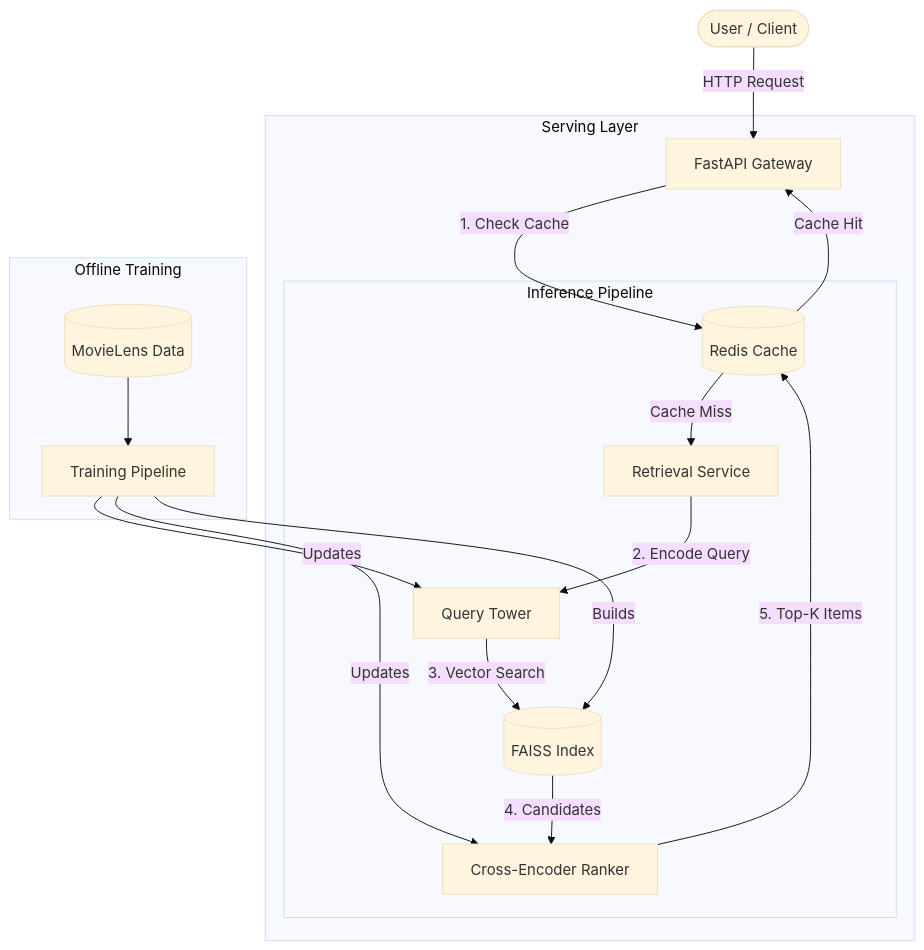
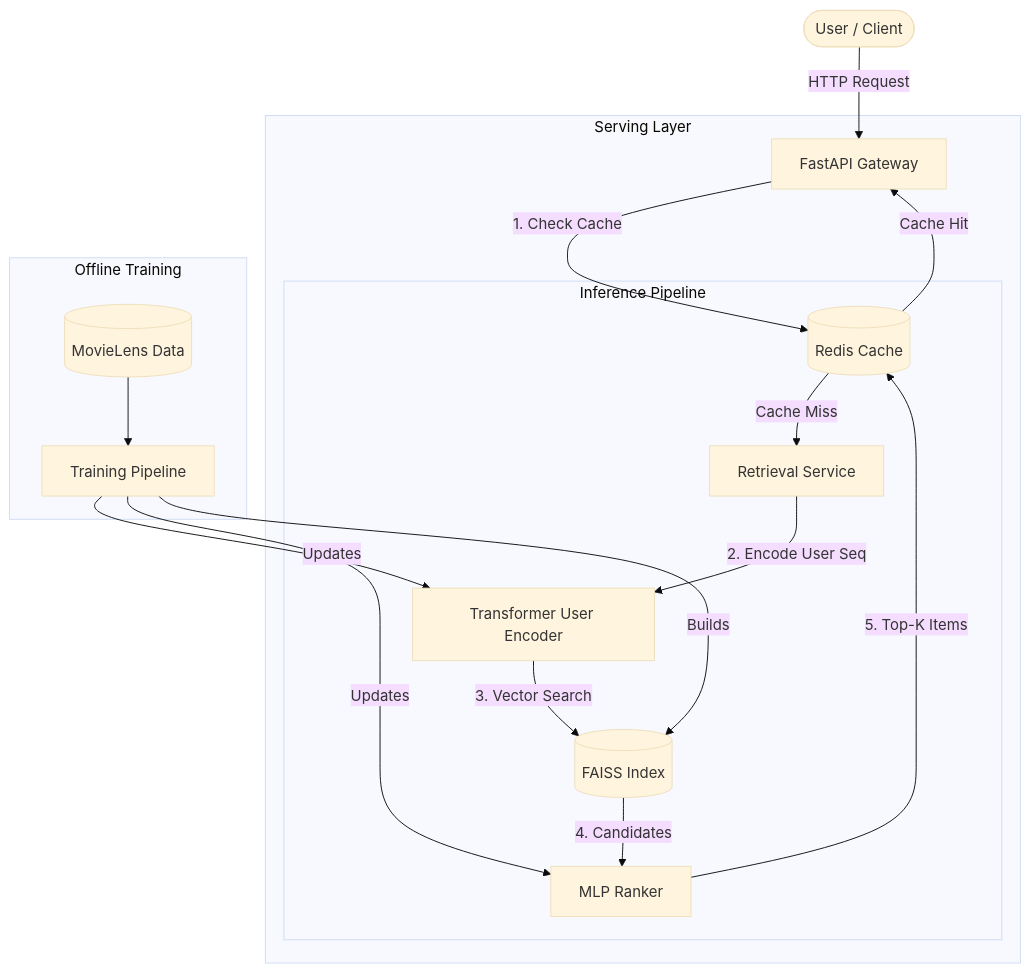
The diagram in README.md (zheliu17/nanoRecSys), drawn with Mermaid (base theme) before and after one commit. The commit also changed other lines of this file and 8 other files, not shown here.

````diff
--- a/README.md
+++ b/README.md
@@ -77,24 +93,24 @@
 ```mermaid
 graph TD
     User([User / Client]) -->|HTTP Request| API[FastAPI Gateway]
 
     subgraph "Serving Layer"
         API -->|1. Check Cache| Redis[(Redis Cache)]
         Redis -- Cache Hit --> API
         Redis -- Cache Miss --> Retrieval
 
         subgraph "Inference Pipeline"
-            Retrieval[Retrieval Service] -->|2. Encode Query| QueryEnc[Query Tower]
+            Retrieval[Retrieval Service] -->|2. Encode User Seq| QueryEnc[Transformer User Encoder]
             QueryEnc -->|3. Vector Search| FAISS[(FAISS Index)]
-            FAISS -->|4. Candidates| Reranker[Cross-Encoder Ranker]
+            FAISS -->|4. Candidates| Reranker[MLP Ranker]
             Reranker -->|5. Top-K Items| Redis
         end
     end
 
     subgraph "Offline Training"
         Data[(MovieLens Data)] --> Trainer[Training Pipeline]
         Trainer -->|Updates| QueryEnc
         Trainer -->|Updates| Reranker
         Trainer -->|Builds| FAISS
     end
 ```
````
